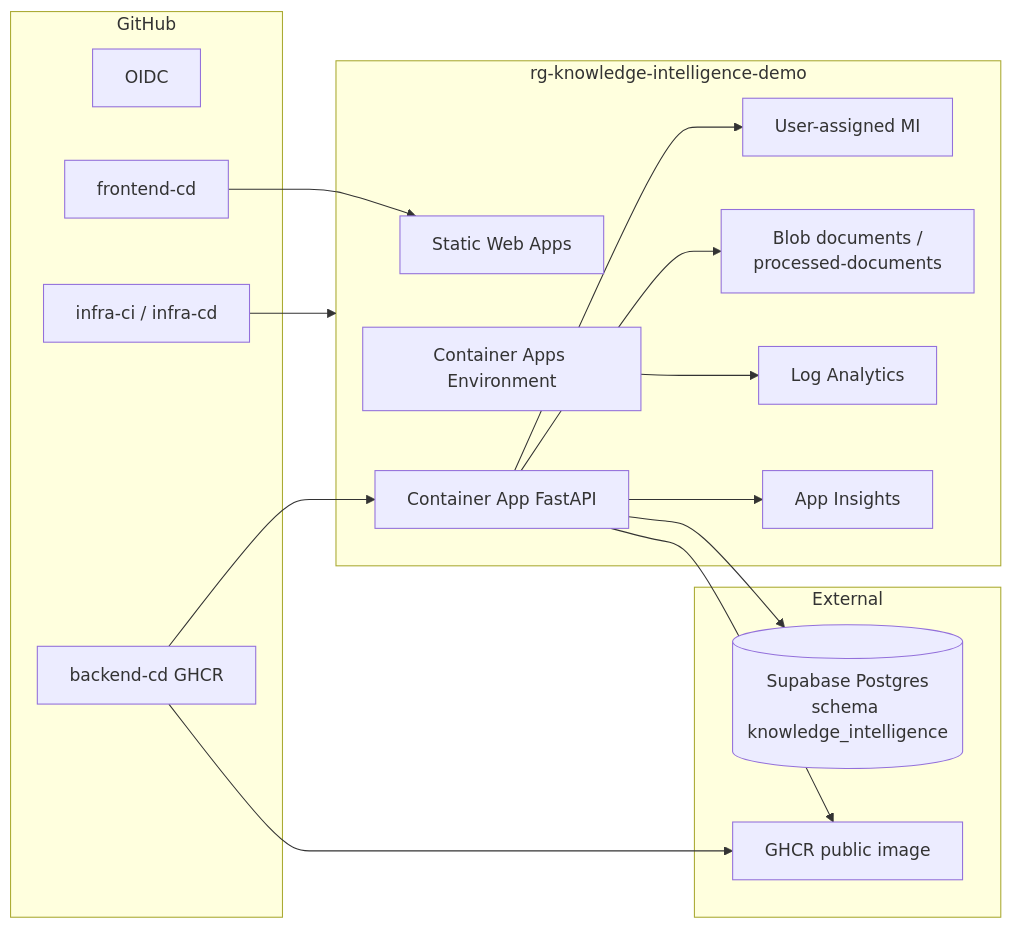
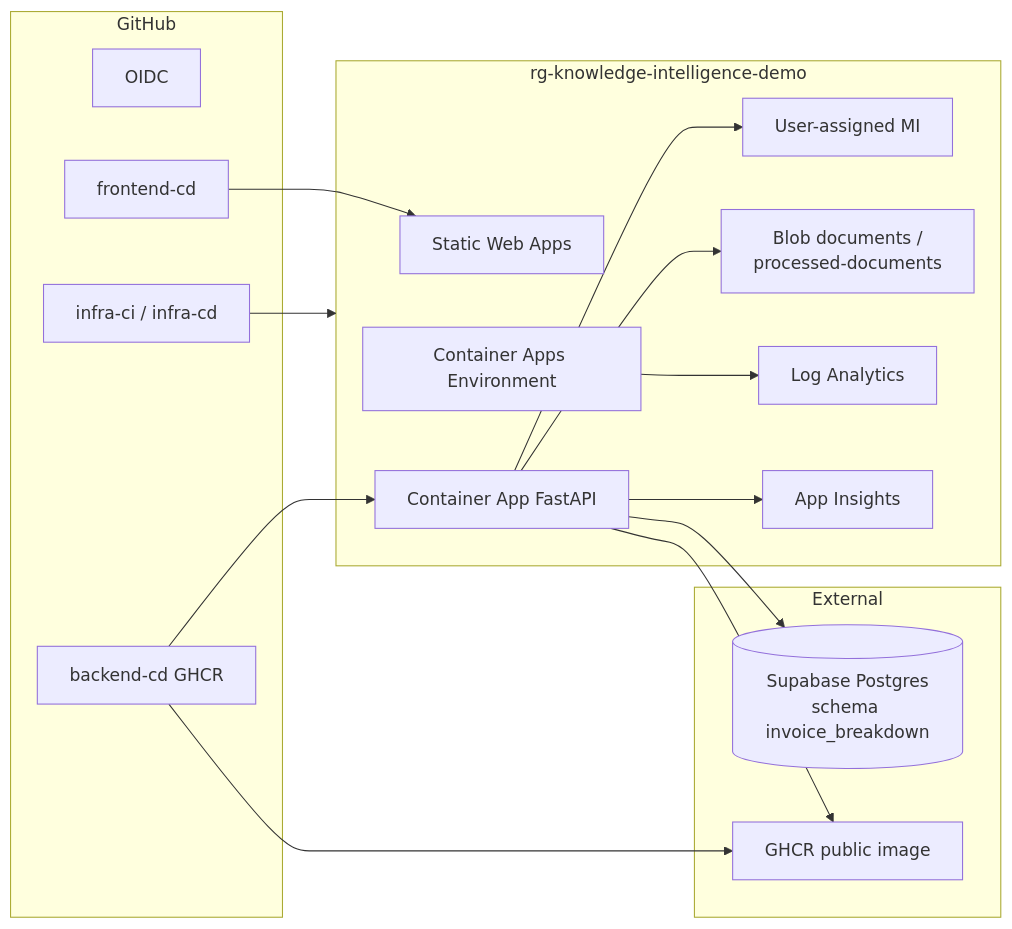
The diagram in infra/README.md (qingyanyang/invoice-breakdown-agent), drawn with Mermaid before and after one commit. The commit also changed other lines of this file and 14 other files, not shown here.

Commit message:
Configure Supabase schema and Alembic baseline

````diff
--- a/infra/README.md
+++ b/infra/README.md
@@ -25,35 +25,35 @@
 ```mermaid
 flowchart LR
   subgraph github [GitHub]
     OIDC[OIDC]
     FE[frontend-cd]
     BE[backend-cd GHCR]
     Infra[infra-ci / infra-cd]
   end
 
   subgraph external [External]
-    SUPA[(Supabase Postgres\nschema knowledge_intelligence)]
+    SUPA[(Supabase Postgres\nschema invoice_breakdown)]
     GHCR[GHCR public image]
   end
 
   subgraph rg [rg-knowledge-intelligence-demo]
     SWA[Static Web Apps]
     CAE[Container Apps Environment]
     CA[Container App FastAPI]
     UAMI[User-assigned MI]
     ST[Blob documents /\nprocessed-documents]
     LAW[Log Analytics]
     AI[App Insights]
   end
 
   FE --> SWA
   BE --> GHCR
   BE --> CA
   Infra --> rg
   CA --> SUPA
   CA --> GHCR
   CA --> ST
   CA --> AI
   CA --> UAMI
   CAE --> LAW
 ```
````
